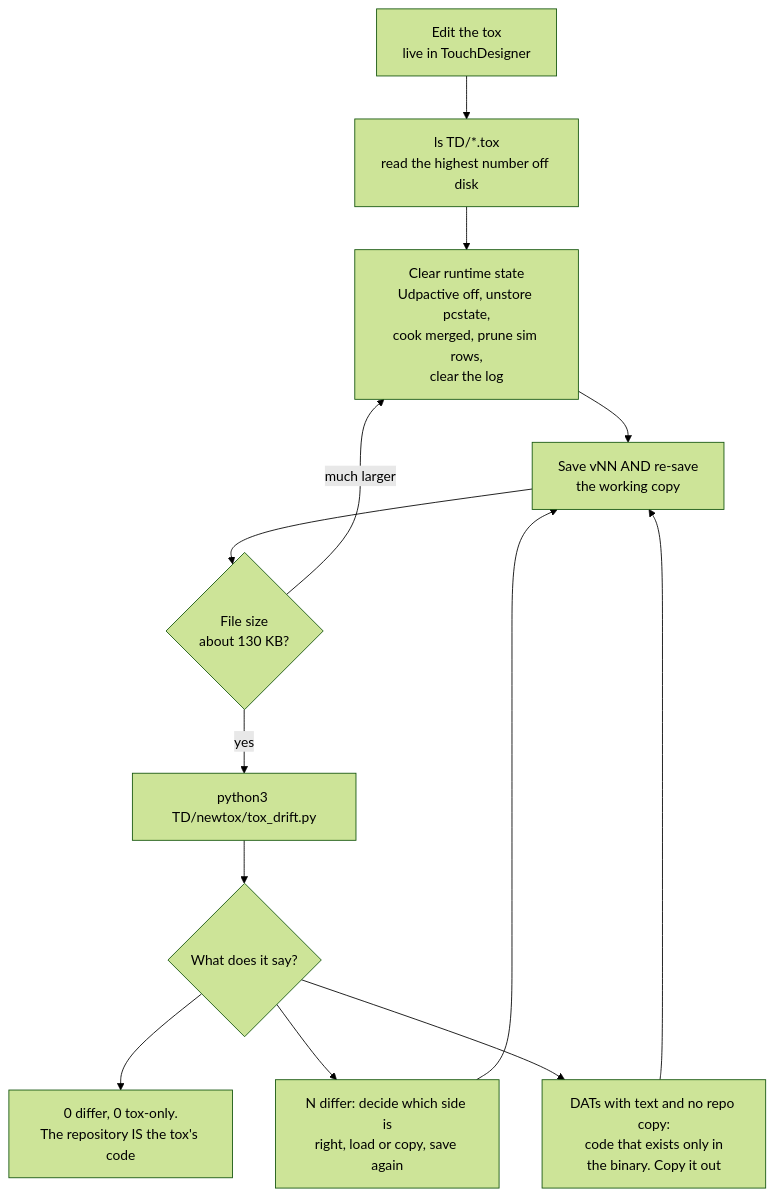
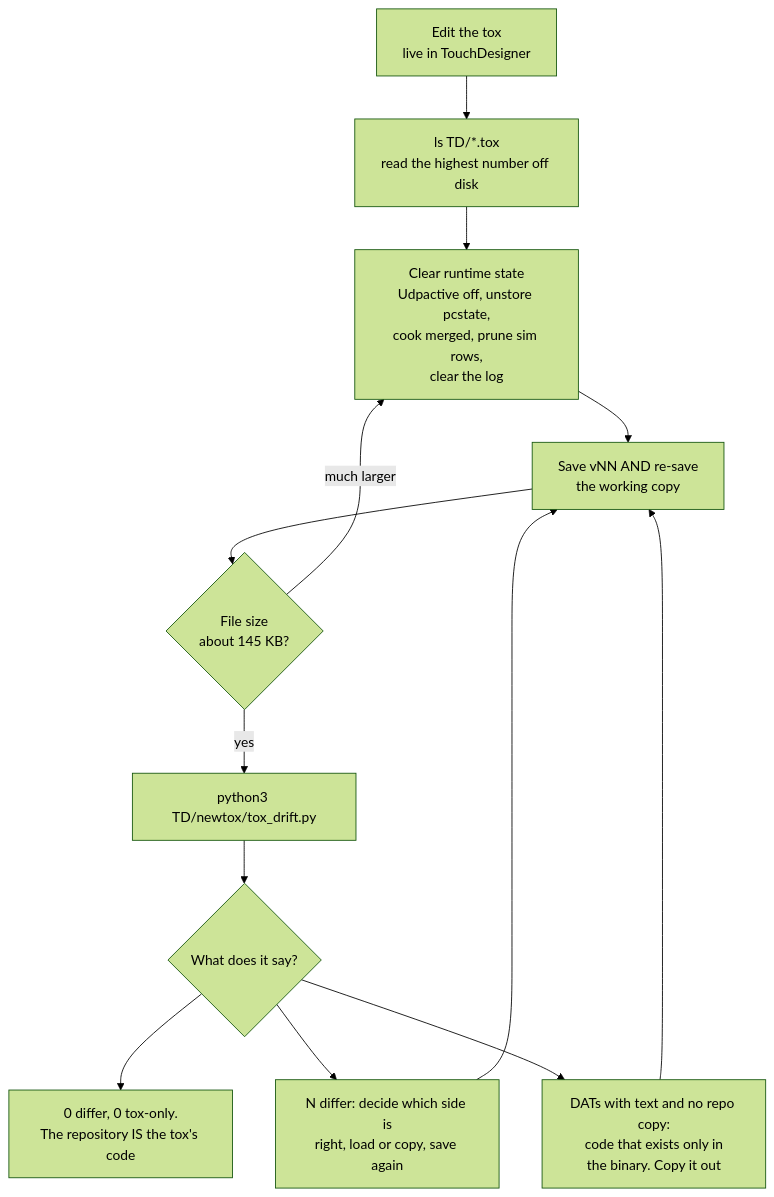
Before and after one commit to AristidesAI/TDStage-Docs: the diagram in td/maintenance.md, drawn with Mermaid (forest theme). The commit also changed other lines of this file and 22 other files, not shown here.

````diff
--- a/td/maintenance.md
+++ b/td/maintenance.md
@@ -19,26 +19,26 @@
 ```mermaid
 flowchart TD
   ED["Edit the tox<br/>live in TouchDesigner"]
   LS["ls TD/*.tox<br/>read the highest number off disk"]
   CL["Clear runtime state<br/>Udpactive off, unstore pcstate,<br/>cook merged, prune sim rows,<br/>clear the log"]
   SV["Save vNN AND re-save<br/>the working copy"]
-  SZ{"File size<br/>about 130 KB?"}
+  SZ{"File size<br/>about 145 KB?"}
   DR["python3 TD/newtox/tox_drift.py"]
   R0{"What does it say?"}
   OK["0 differ, 0 tox-only.<br/>The repository IS the tox's code"]
   D1["N differ: decide which side is<br/>right, load or copy, save again"]
   D2["DATs with text and no repo copy:<br/>code that exists only in<br/>the binary. Copy it out"]
 
   ED --> LS
   LS --> CL
   CL --> SV
   SV --> SZ
   SZ -- "much larger" --> CL
   SZ -- "yes" --> DR
   DR --> R0
   R0 --> OK
   R0 --> D1
   R0 --> D2
   D1 --> SV
   D2 --> SV
 ```
````
